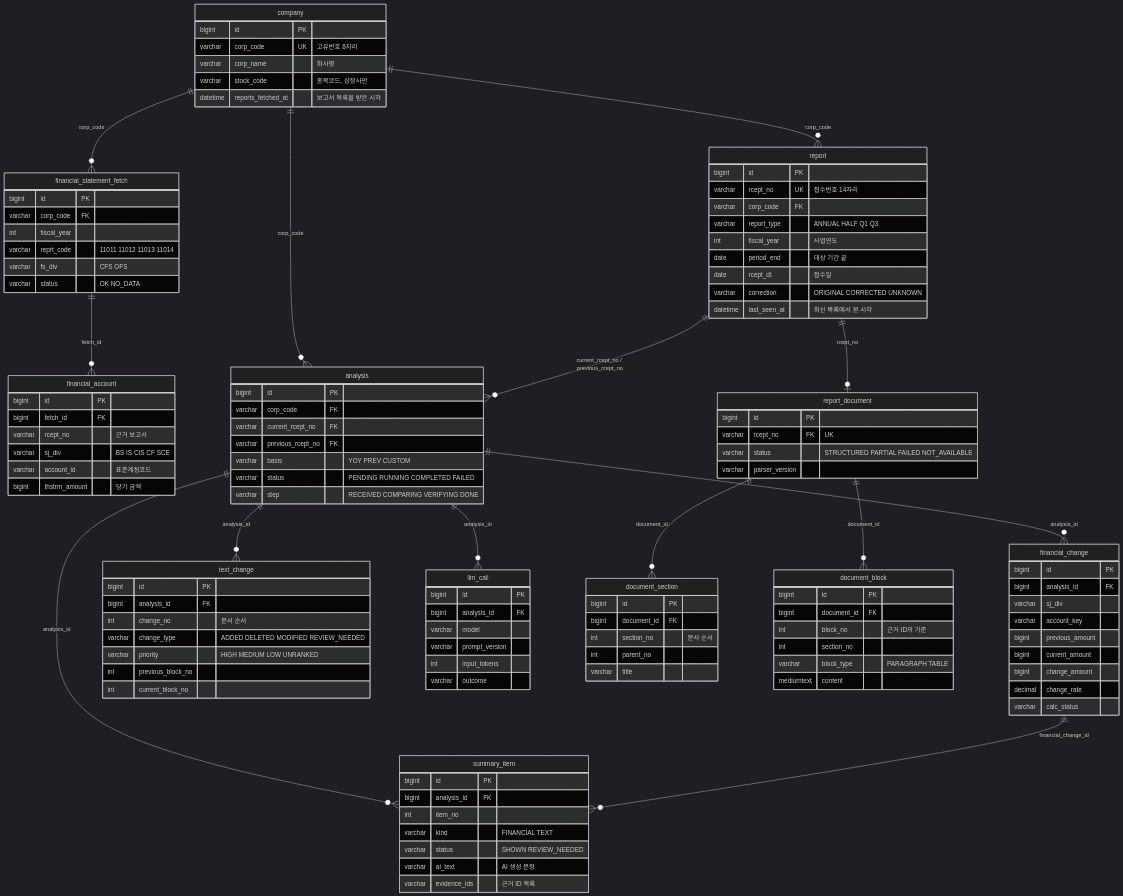
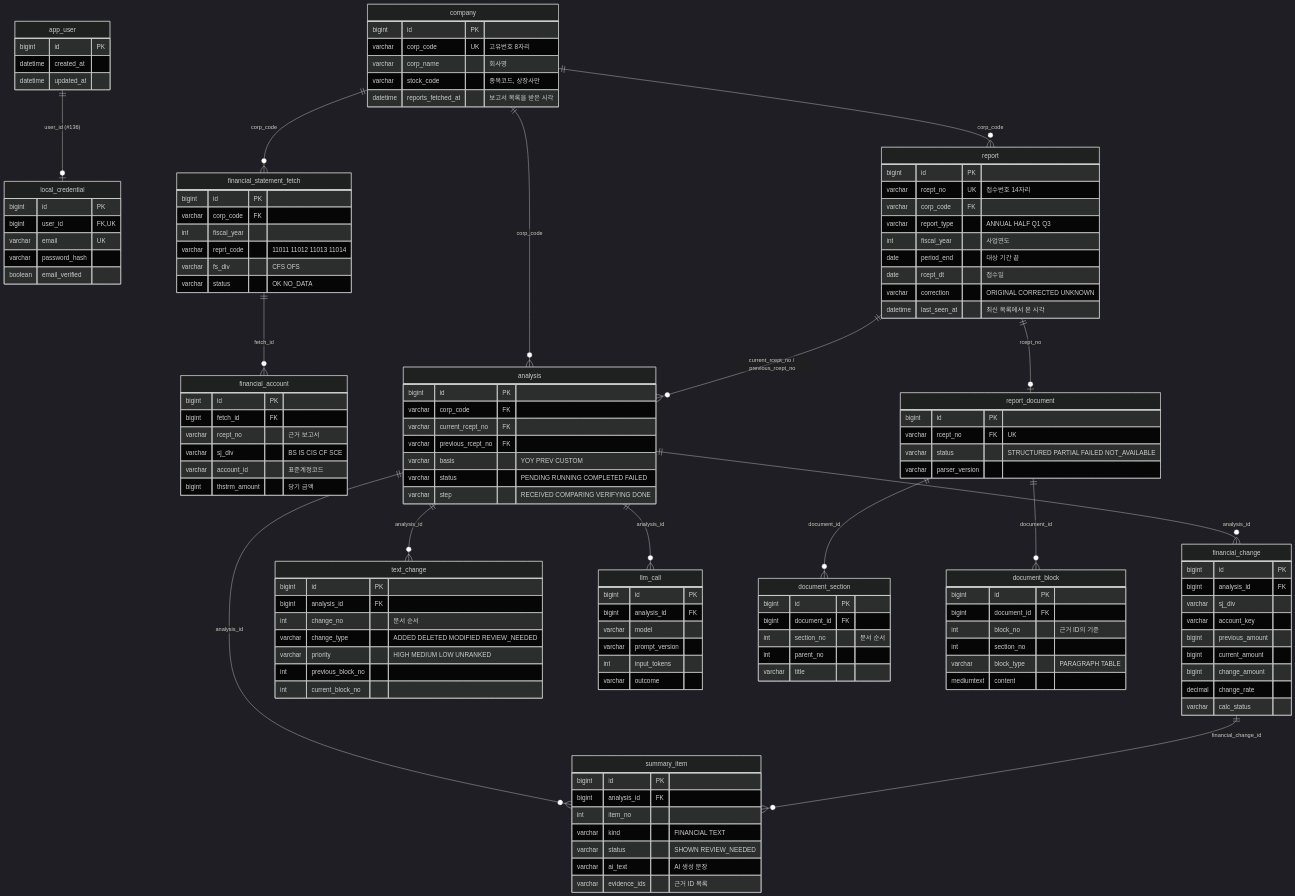
One commit to ShinhanDSProject/dart-insight changed the diagram in docs/erd.md. Above: the diagram before and after it, drawn with Mermaid (dark theme). The commit also changed other lines of this file and 29 other files, not shown here.

````diff
--- a/docs/erd.md
+++ b/docs/erd.md
@@ -33,5 +35,18 @@
 ```mermaid
 erDiagram
+    app_user ||--o| local_credential : "user_id (#136)"
+    app_user {
+        bigint id PK
+        datetime created_at
+        datetime updated_at
+    }
+    local_credential {
+        bigint id PK
+        bigint user_id FK,UK
+        varchar email UK
+        varchar password_hash
+        boolean email_verified
+    }
     company ||--o{ report : "corp_code"
     company ||--o{ financial_statement_fetch : "corp_code"
     financial_statement_fetch ||--o{ financial_account : "fetch_id"
````
